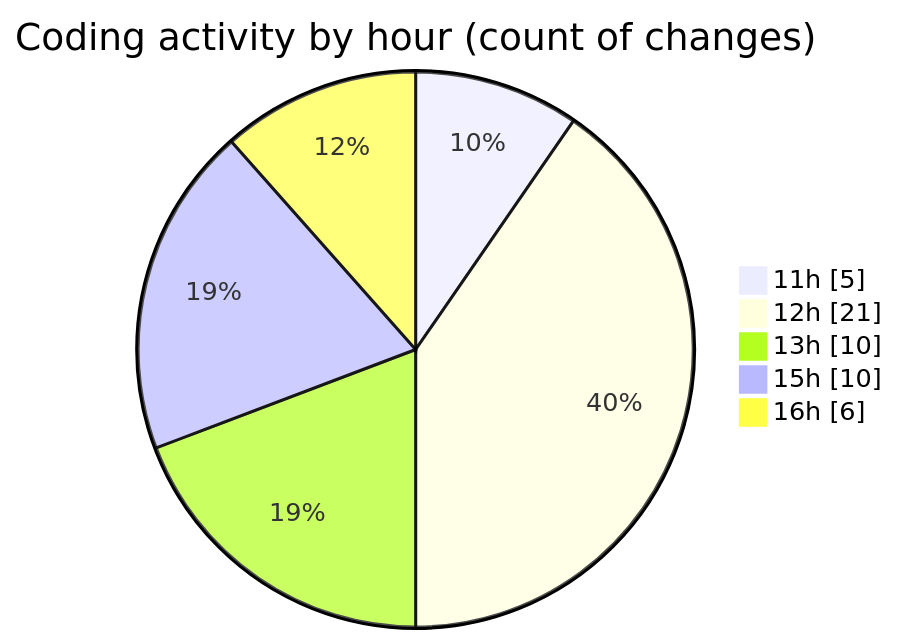
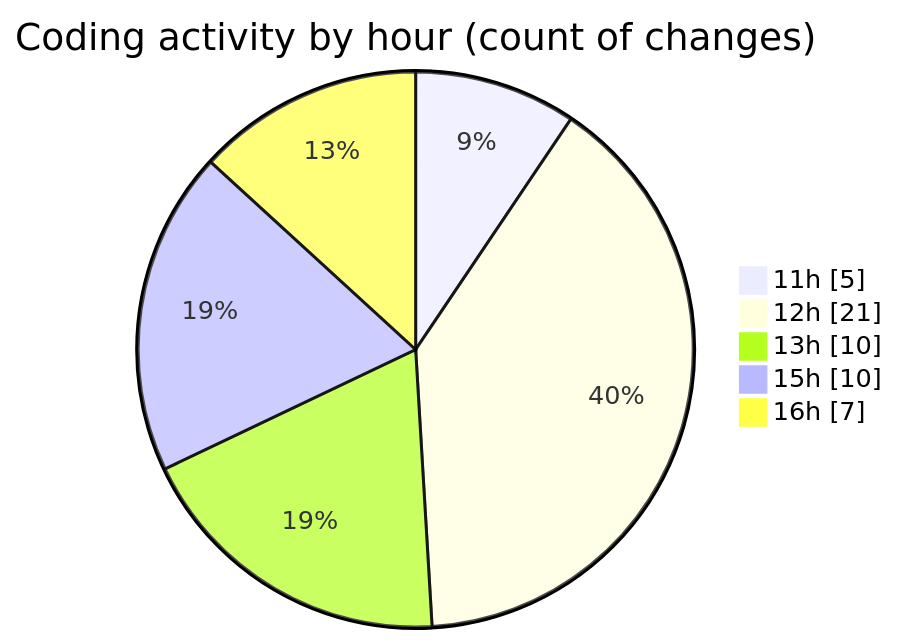
The second of 2 diagrams in 2025-03-11/projet_stage/README.md (Elitesun/code-tracking), drawn with Mermaid before and after one commit. The commit also changed other lines of this file and 1 other file, not shown here.

````diff
--- a/2025-03-11/projet_stage/README.md
+++ b/2025-03-11/projet_stage/README.md
@@ -39,9 +39,9 @@
 ```mermaid
 pie showData
 title Coding activity by hour (count of changes)
 "11h" : 5
 "12h" : 21
 "13h" : 10
 "15h" : 10
-"16h" : 6
+"16h" : 7
 ```
````
